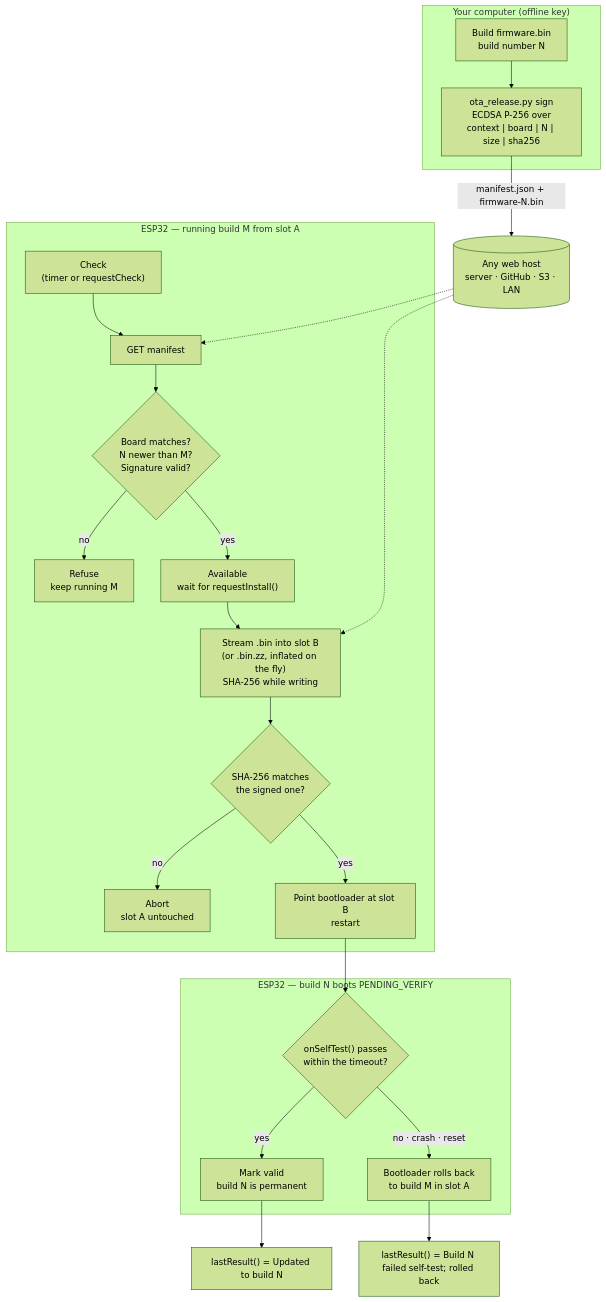
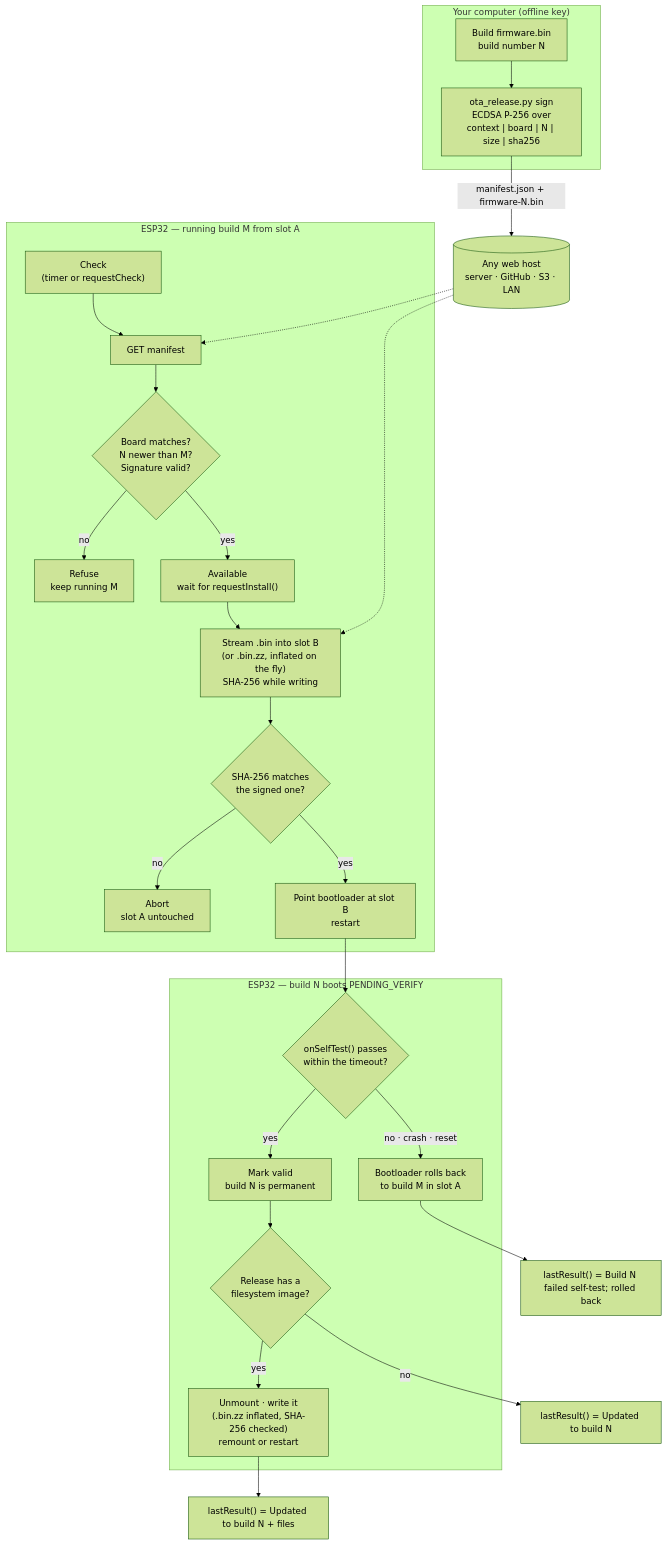
Before and after one commit to mabbott2011/SKL-OTA: the diagram in README.md, drawn with Mermaid (forest theme). The commit also changed other lines of this file and 10 other files, not shown here.

First line of the commit message:
Filesystem images (SPIFFS / LittleFS / FAT) shipped with a release

````diff
--- a/README.md
+++ b/README.md
@@ -43,29 +46,32 @@
 ```mermaid
 flowchart TD
     subgraph PC["Your computer (offline key)"]
         B["Build firmware.bin<br/>build number N"] --> S["ota_release.py sign<br/>ECDSA P-256 over<br/>context | board | N | size | sha256"]
     end
     S -->|"manifest.json + firmware-N.bin"| H[("Any web host<br/>server · GitHub · S3 · LAN")]
 
     subgraph DEV["ESP32 — running build M from slot A"]
         C["Check<br/>(timer or requestCheck)"] --> M["GET manifest"]
         M --> V{"Board matches?<br/>N newer than M?<br/>Signature valid?"}
         V -->|no| R1["Refuse<br/>keep running M"]
         V -->|yes| O["Available<br/>wait for requestInstall()"]
         O --> D["Stream .bin into slot B<br/>(or .bin.zz, inflated on the fly)<br/>SHA-256 while writing"]
         D --> HS{"SHA-256 matches<br/>the signed one?"}
         HS -->|no| R2["Abort<br/>slot A untouched"]
         HS -->|yes| SW["Point bootloader at slot B<br/>restart"]
     end
     H -.-> M
     H -.-> D
 
     subgraph NEW["ESP32 — build N boots PENDING_VERIFY"]
         T{"onSelfTest() passes<br/>within the timeout?"}
         T -->|yes| K["Mark valid<br/>build N is permanent"]
+        K --> F{"Release has a<br/>filesystem image?"}
+        F -->|yes| FW["Unmount · write it<br/>(.bin.zz inflated, SHA-256 checked)<br/>remount or restart"]
         T -->|"no · crash · reset"| RB["Bootloader rolls back<br/>to build M in slot A"]
     end
     SW --> T
-    K --> REP["lastResult() = Updated to build N"]
+    F -->|no| REP["lastResult() = Updated to build N"]
+    FW --> REPF["lastResult() = Updated to build N + files"]
     RB --> REP2["lastResult() = Build N failed self-test; rolled back"]
 ```
````
